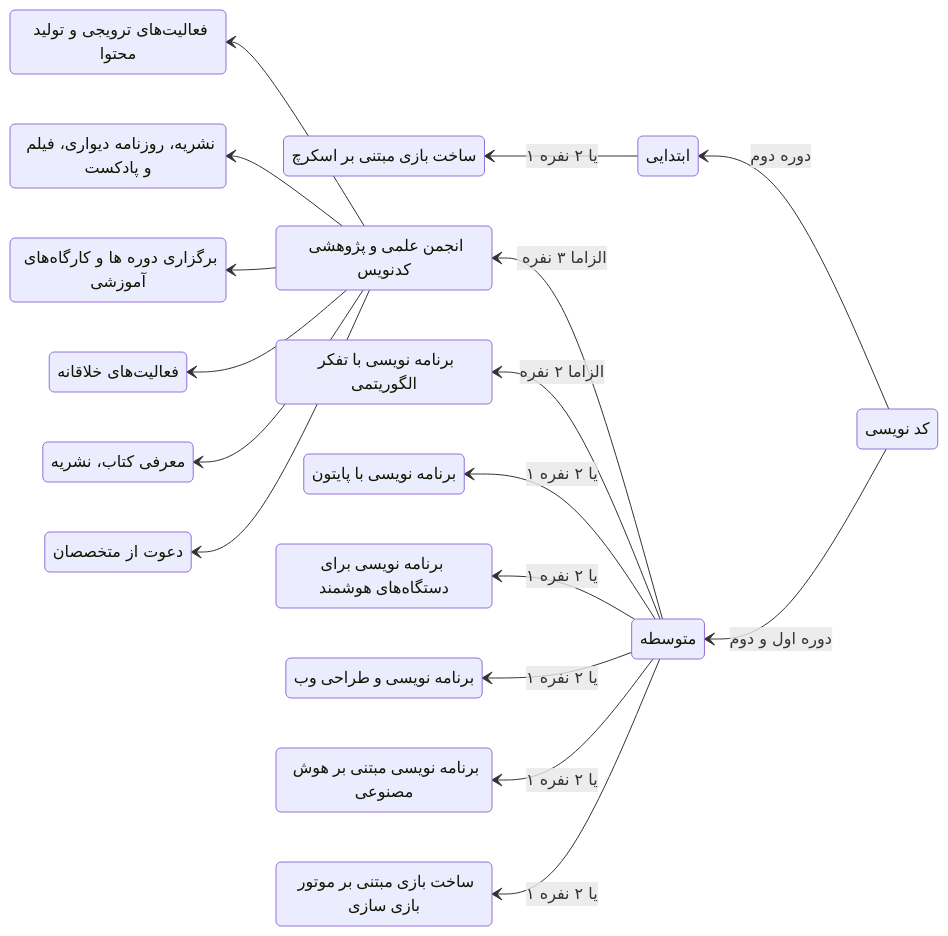
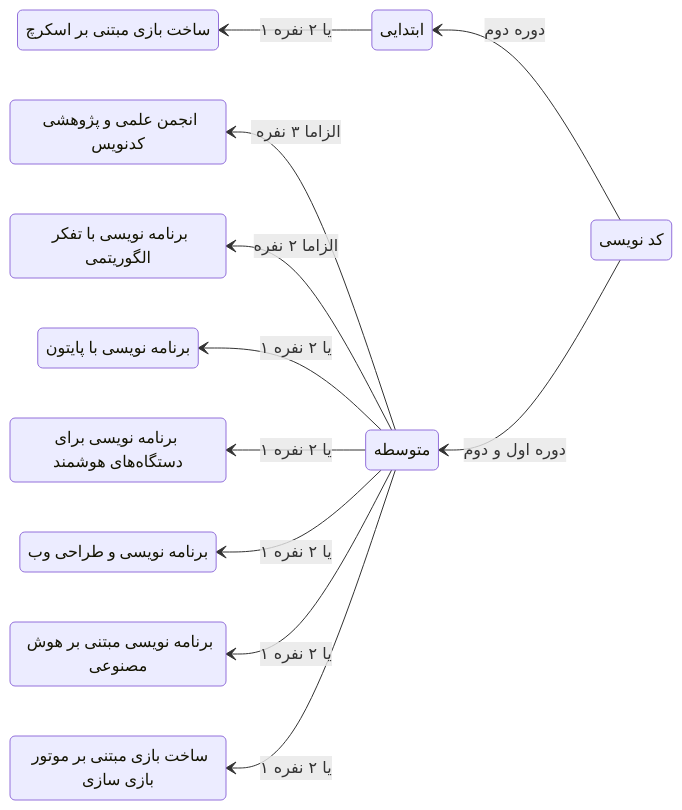
The diagram in fields/codenevisi.qmd (ibnshahrashob/jashnvare), drawn with Mermaid before and after one commit. The commit also changed 3 other files, not shown here.

````diff
--- a/fields/codenevisi.qmd
+++ b/fields/codenevisi.qmd
@@ -169,47 +169,35 @@
 ```{mermaid}
 %%| echo: false
 
 stateDiagram-v2
     direction RL
     classDef fontStyle font-family:vazirmatn
 
     field: کد نویسی
     Primary: ابتدایی
     Highschool: متوسطه 
 
     gr1: انجمن علمی و پژوهشی کدنویس
-    gr1act1: فعالیت‌های ترویجی و تولید محتوا
-    gr1act2: نشریه، روزنامه دیواری، فیلم و پادکست
-    gr1act3: برگزاری دوره ها و کارگاه‌های آموزشی
-    gr1act4: فعالیت‌های خلاقانه
-    gr1act5: معرفی کتاب، نشریه
-    gr1act6: دعوت از متخصصان
     gr2: ساخت بازی مبتنی بر اسکرچ
     gr3: برنامه نویسی با تفکر الگوریتمی
     gr4: برنامه نویسی با پایتون
     gr5: برنامه نویسی برای دستگاه‌های هوشمند
     gr6: برنامه نویسی و طراحی وب
     gr7: برنامه نویسی مبتنی بر هوش مصنوعی
     gr8: ساخت بازی مبتنی بر موتور بازی سازی
 
     field --> Primary: دوره دوم
     field --> Highschool: دوره اول و دوم
 
     Primary --> gr2: ۱ یا ۲ نفره
     Highschool --> gr1:‌ الزاما ۳ نفره
-    gr1 --> gr1act1
-    gr1 --> gr1act2
-    gr1 --> gr1act3
-    gr1 --> gr1act4
-    gr1 --> gr1act5
-    gr1 --> gr1act6
     Highschool --> gr3: الزاما ۲ نفره
     Highschool --> gr4: ۱ یا ۲ نفره
     Highschool --> gr5: ۱ یا ۲ نفره
     Highschool --> gr6: ۱ یا ۲ نفره
     Highschool --> gr7: ۱ یا ۲ نفره
     Highschool --> gr8: ۱ یا ۲ نفره
 
     class field, Primary, Highschool, gr1, gr2, gr3, gr4, gr5, gr6, gr7, gr8 fontStyle
 
 ```
````
